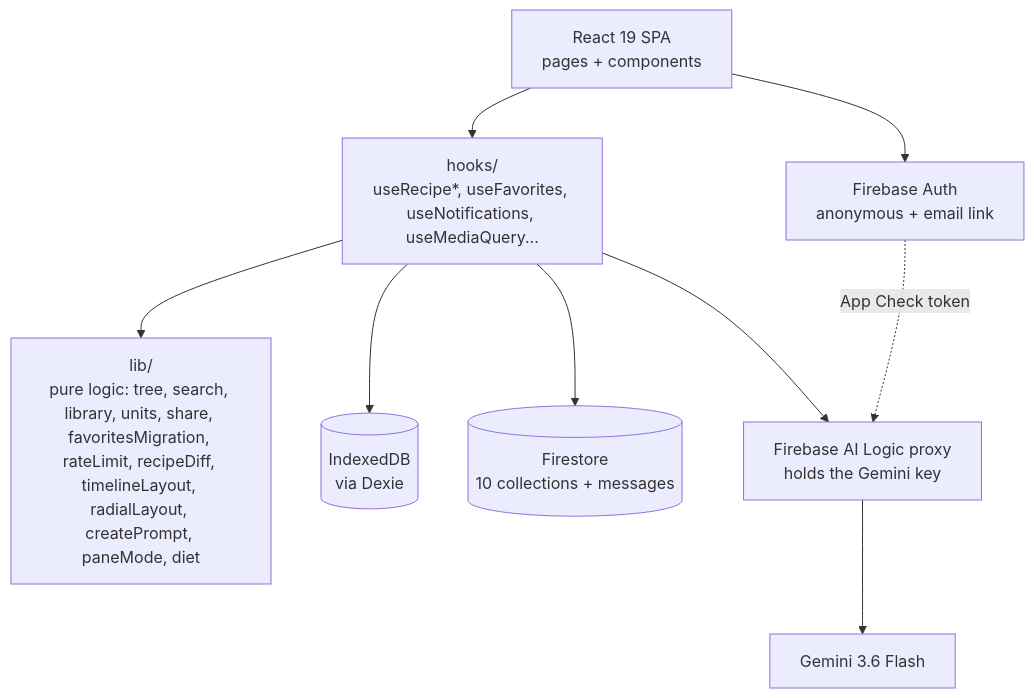
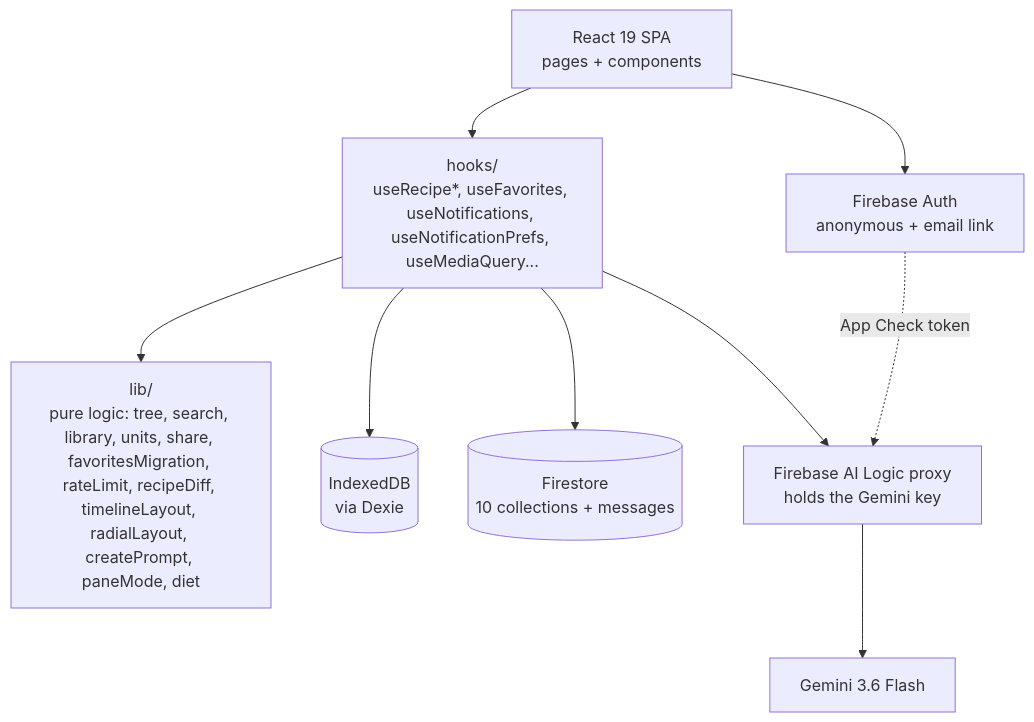
Before and after one commit to hpeppitt/recipe-app: the diagram in docs/architecture.md, drawn with Mermaid. The commit also changed other lines of this file and 26 other files, not shown here.

````diff
--- a/docs/architecture.md
+++ b/docs/architecture.md
@@ -12,20 +12,20 @@
 ```mermaid
 flowchart TD
     UI[React 19 SPA<br/>pages + components]
-    Hooks[hooks/<br/>useRecipe*, useFavorites, useNotifications, useMediaQuery...]
+    Hooks[hooks/<br/>useRecipe*, useFavorites, useNotifications, useNotificationPrefs, useMediaQuery...]
     Lib[lib/<br/>pure logic: tree, search, library, units, share, favoritesMigration, rateLimit, recipeDiff, timelineLayout, radialLayout, createPrompt, paneMode, diet]
     Dexie[(IndexedDB<br/>via Dexie)]
     FS[(Firestore<br/>10 collections + messages)]
     Auth[Firebase Auth<br/>anonymous + email link]
     AILogic[Firebase AI Logic proxy<br/>holds the Gemini key]
     Gemini[Gemini 3.6 Flash]
 
     UI --> Hooks
     Hooks --> Lib
     Hooks --> Dexie
     Hooks --> FS
     Hooks --> AILogic
     UI --> Auth
     AILogic --> Gemini
     Auth -. App Check token .-> AILogic
 ```
````
